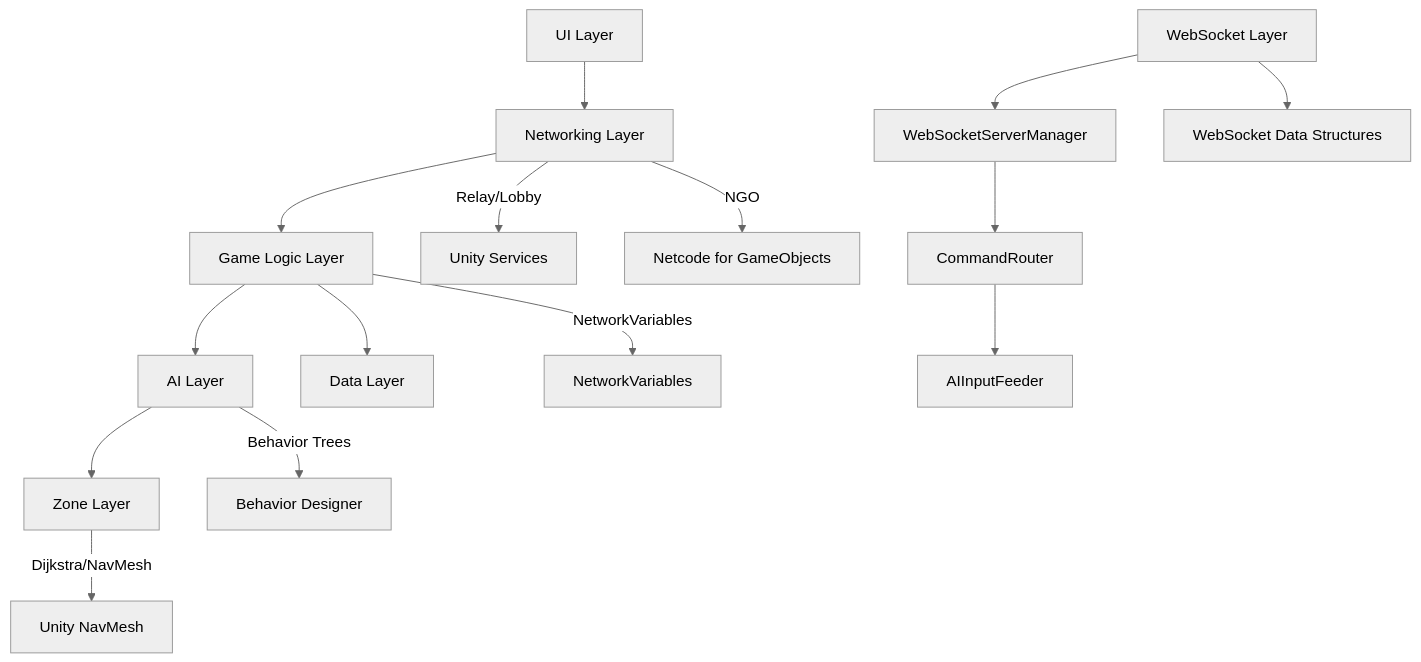
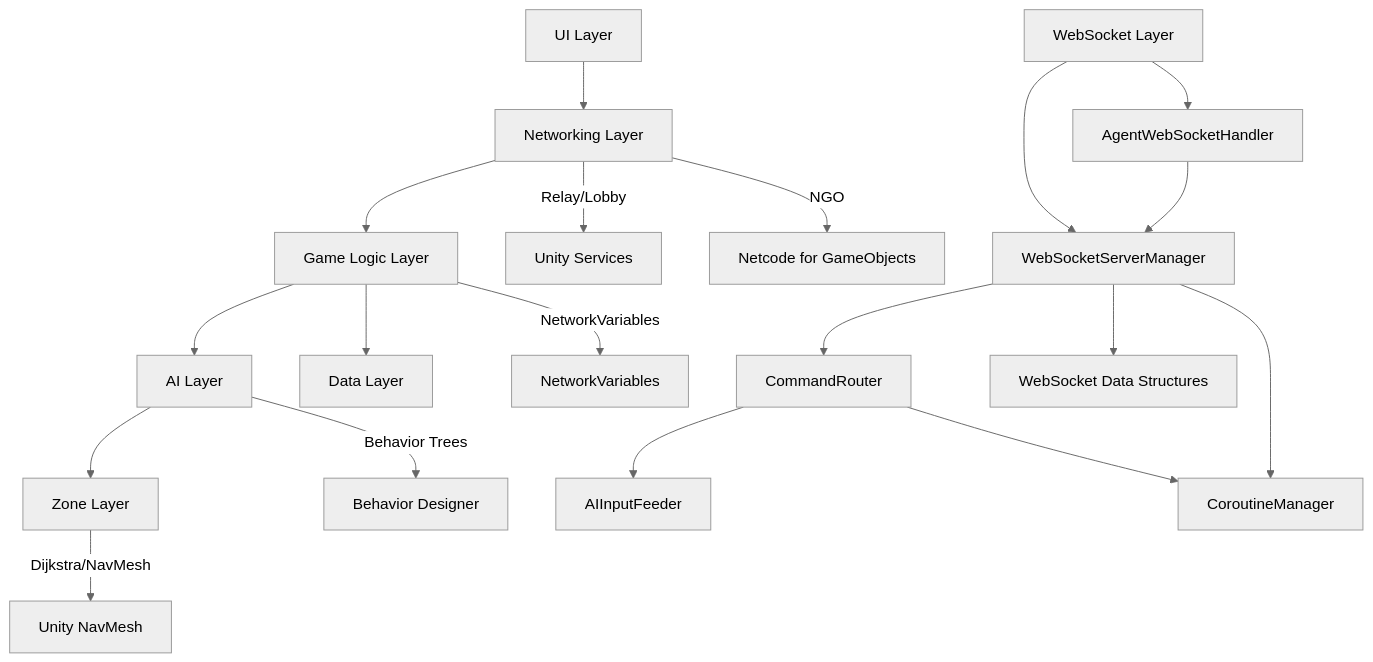
One commit to kandeng/AI-Controlled-battle-game changed the ninth of 9 diagrams in .qoder/repowiki/en/content/Project Overview/System Architecture Overview.md. Above: the diagram before and after it, drawn with Mermaid (neutral theme). The commit also changed other lines of this file and 76 other files, not shown here.

````diff
--- a/.qoder/repowiki/en/content/Project Overview/System Architecture Overview.md
+++ b/.qoder/repowiki/en/content/Project Overview/System Architecture Overview.md
@@ -552,17 +573,21 @@
 ```mermaid
 graph TB
 UI["UI Layer"] --> NET["Networking Layer"]
 NET --> GL["Game Logic Layer"]
 GL --> AI["AI Layer"]
 AI --> ZONE["Zone Layer"]
 GL --> DATA["Data Layer"]
 NET --> |Relay/Lobby| Services[Unity Services]
 NET --> |NGO| NGO[Netcode for GameObjects]
 GL --> |NetworkVariables| NV[NetworkVariables]
 AI --> |Behavior Trees| BD[Behavior Designer]
 ZONE --> |Dijkstra/NavMesh| NAV[Unity NavMesh]
 WS["WebSocket Layer"] --> WSManager["WebSocketServerManager"]
 WSManager --> CommandRouter["CommandRouter"]
 CommandRouter --> AIInput["AIInputFeeder"]
-WS --> WSData["WebSocket Data Structures"]
+WSManager --> WSData["WebSocket Data Structures"]
+WSManager --> CoroutineMgr["CoroutineManager"]
+CommandRouter --> CoroutineMgr
+WS --> AgentHandler["AgentWebSocketHandler"]
+AgentHandler --> WSManager
 ```
````
